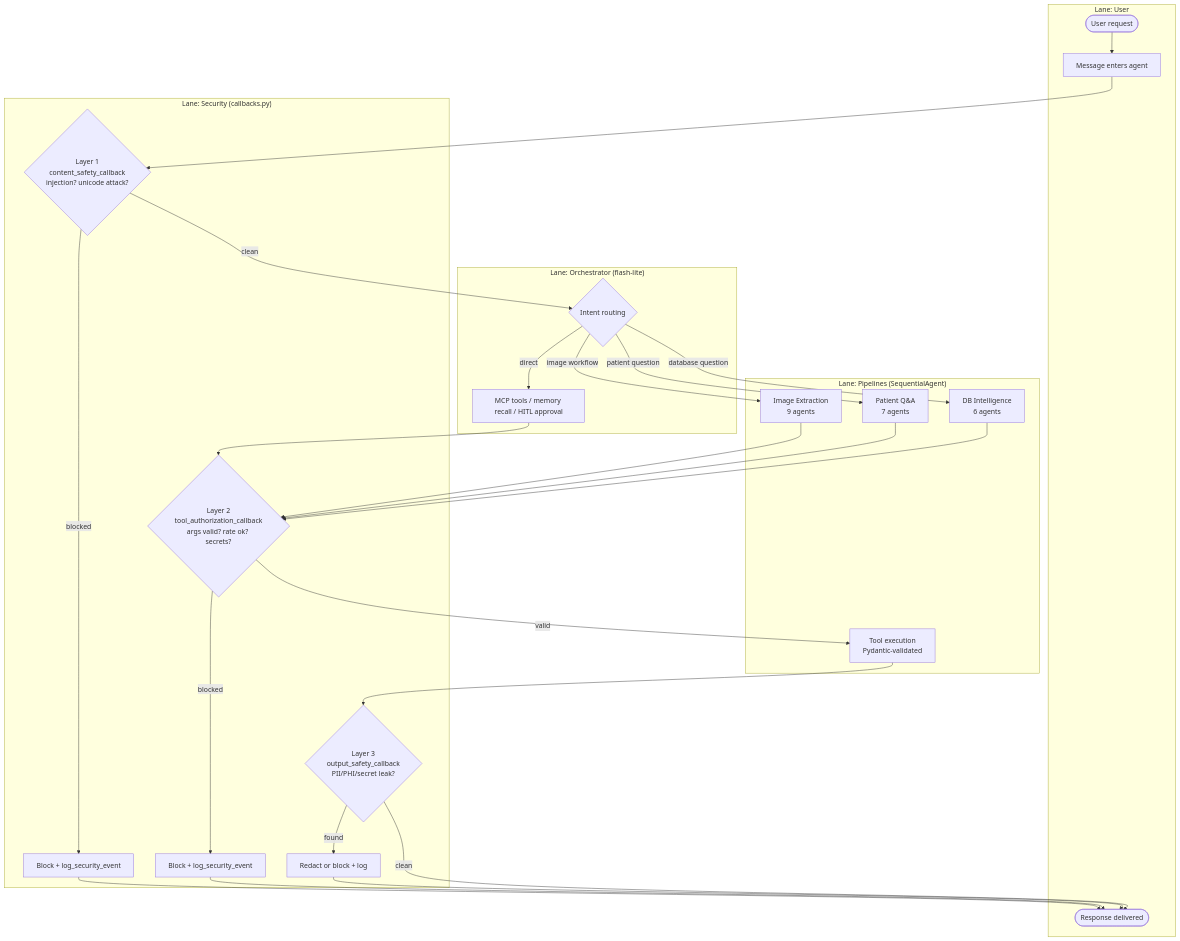
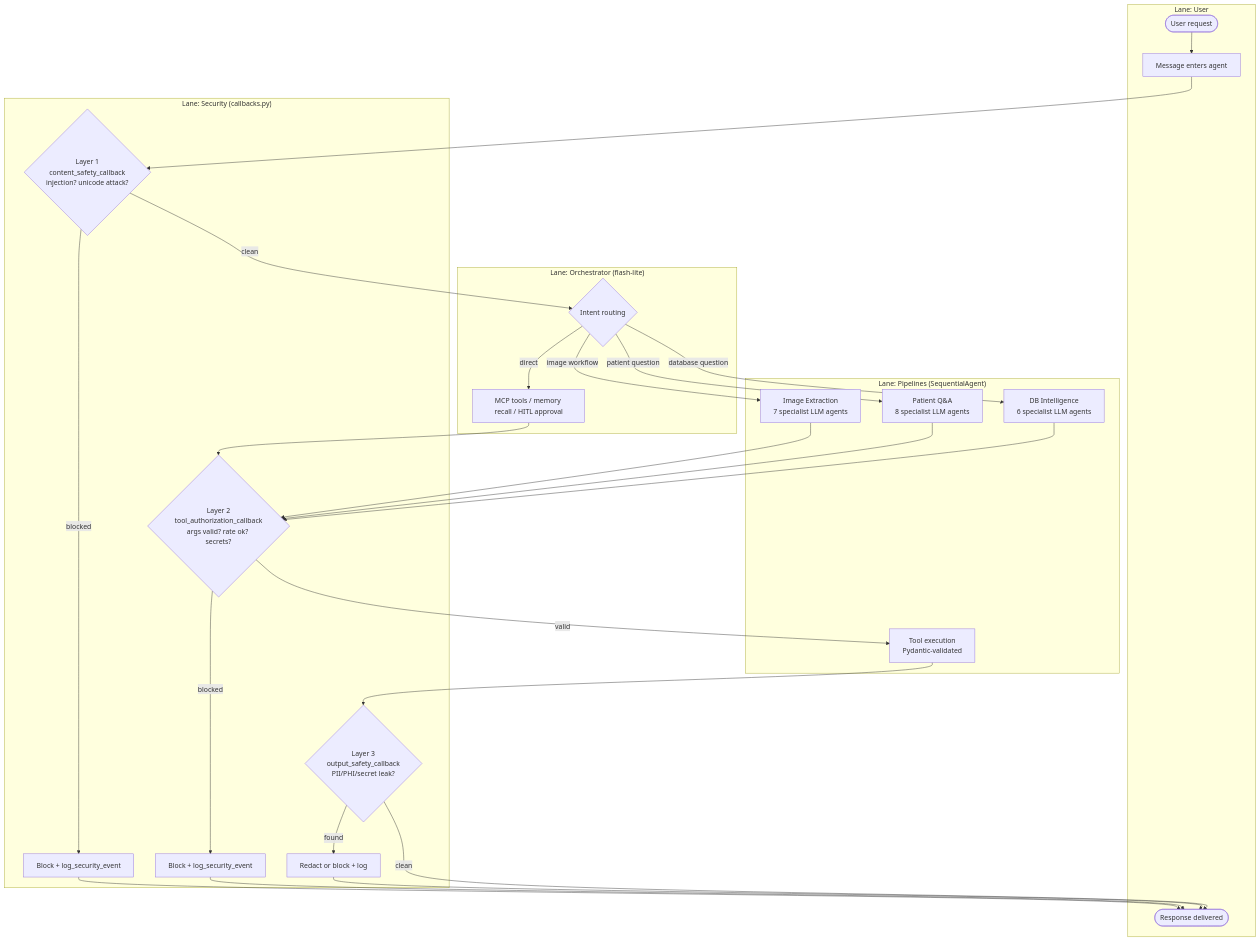
The diagram in Project Wiki/03 Processes/End-to-End Request Flow.md (GeorgiNaydenov/Google-Capstone-Project), drawn with Mermaid before and after one commit. The commit also changed 290 other files, not shown here.

````diff
--- a/Project Wiki/03 Processes/End-to-End Request Flow.md
+++ b/Project Wiki/03 Processes/End-to-End Request Flow.md
@@ -16,45 +16,45 @@
 ```mermaid
 flowchart TD
     subgraph LANE_USER["Lane: User"]
         START([User request]) --> IN[Message enters agent]
         RESP([Response delivered])
     end
 
     subgraph LANE_SEC["Lane: Security (callbacks.py)"]
         L1{Layer 1<br/>content_safety_callback<br/>injection? unicode attack?}
         L2{Layer 2<br/>tool_authorization_callback<br/>args valid? rate ok? secrets?}
         L3{Layer 3<br/>output_safety_callback<br/>PII/PHI/secret leak?}
         BLOCK1[Block + log_security_event]
         BLOCK2[Block + log_security_event]
         REDACT[Redact or block + log]
     end
 
     subgraph LANE_ORCH["Lane: Orchestrator (flash-lite)"]
         ROUTE{Intent routing}
         MCPT[MCP tools / memory recall / HITL approval]
     end
 
     subgraph LANE_PIPE["Lane: Pipelines (SequentialAgent)"]
-        P1[Image Extraction<br/>9 agents]
-        P2[Patient Q&A<br/>7 agents]
-        P3[DB Intelligence<br/>6 agents]
+        P1[Image Extraction<br/>7 specialist LLM agents]
+        P2[Patient Q&A<br/>8 specialist LLM agents]
+        P3[DB Intelligence<br/>6 specialist LLM agents]
         TOOLS[Tool execution<br/>Pydantic-validated]
     end
 
     IN --> L1
     L1 -->|blocked| BLOCK1 --> RESP
     L1 -->|clean| ROUTE
     ROUTE -->|image workflow| P1
     ROUTE -->|patient question| P2
     ROUTE -->|database question| P3
     ROUTE -->|direct| MCPT
     P1 --> L2
     P2 --> L2
     P3 --> L2
     MCPT --> L2
     L2 -->|blocked| BLOCK2 --> RESP
     L2 -->|valid| TOOLS
     TOOLS --> L3
     L3 -->|found| REDACT --> RESP
     L3 -->|clean| RESP
 ```
````
